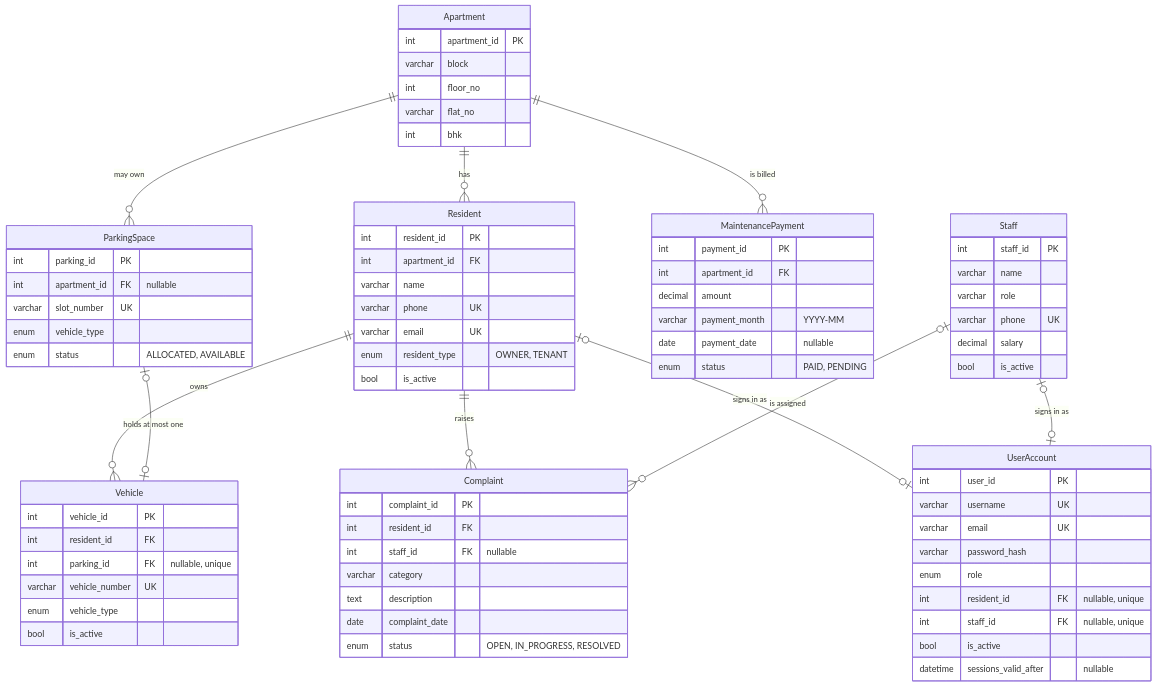
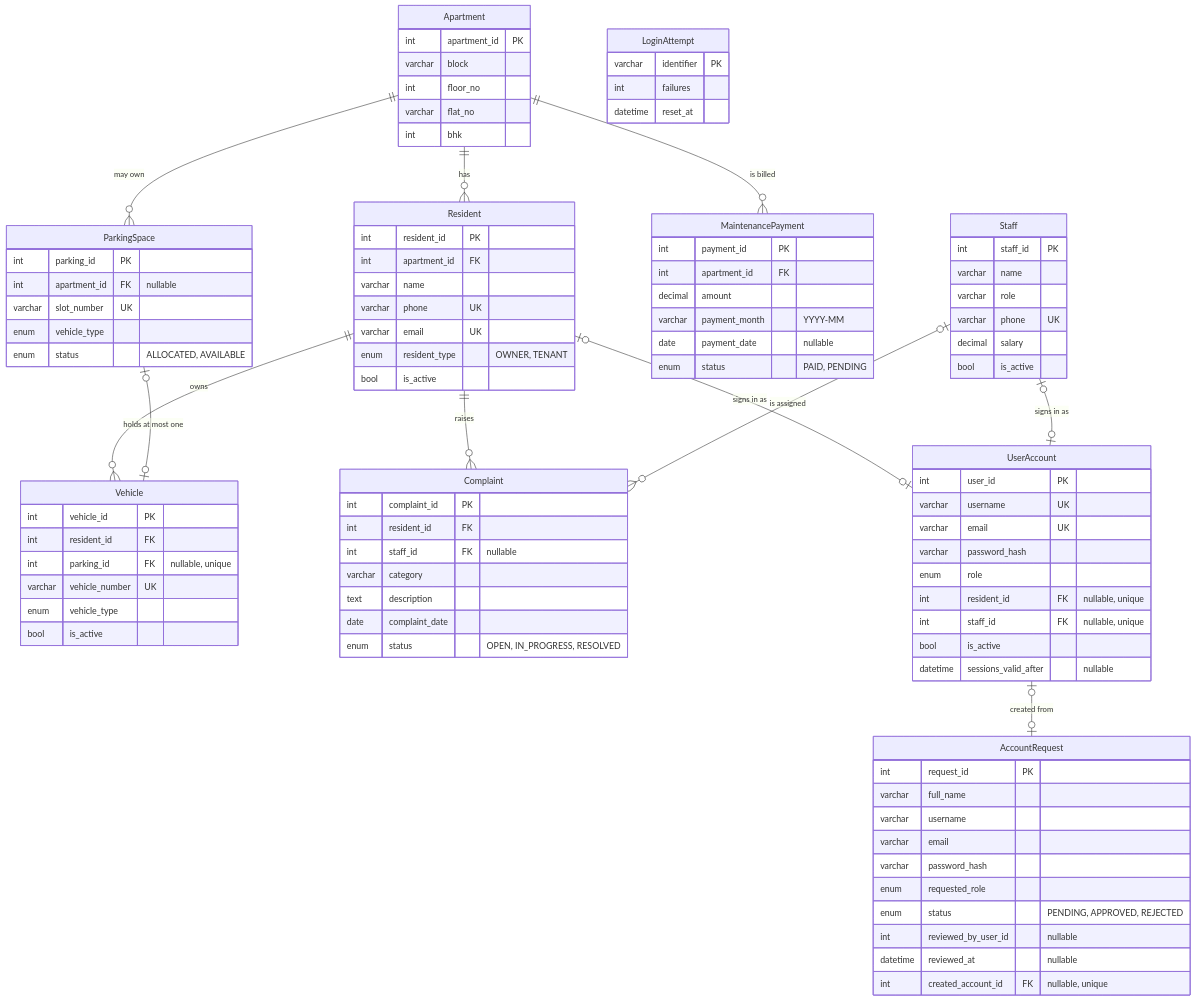
Before and after one commit to AhidwishJavali/Apartment-society-management: the diagram in docs/ER_DIAGRAM.md, drawn with Mermaid. The commit also changed other lines of this file and 27 other files, not shown here.

```diff
--- a/docs/ER_DIAGRAM.md
+++ b/docs/ER_DIAGRAM.md
@@ -15,6 +15,7 @@
     ParkingSpace |o--o| Vehicle : "holds at most one"
     Resident |o--o| UserAccount : "signs in as"
     Staff |o--o| UserAccount : "signs in as"
+    UserAccount |o--o| AccountRequest : "created from"
 
     Apartment {
         int apartment_id PK
@@ -72,6 +73,23 @@
         date complaint_date
         enum status "OPEN, IN_PROGRESS, RESOLVED"
     }
+    AccountRequest {
+        int request_id PK
+        varchar full_name
+        varchar username
+        varchar email
+        varchar password_hash
+        enum requested_role
+        enum status "PENDING, APPROVED, REJECTED"
+        int reviewed_by_user_id "nullable"
+        datetime reviewed_at "nullable"
+        int created_account_id FK "nullable, unique"
+    }
+    LoginAttempt {
+        varchar identifier PK
+        int failures
+        datetime reset_at
+    }
     UserAccount {
         int user_id PK
         varchar username UK
```
